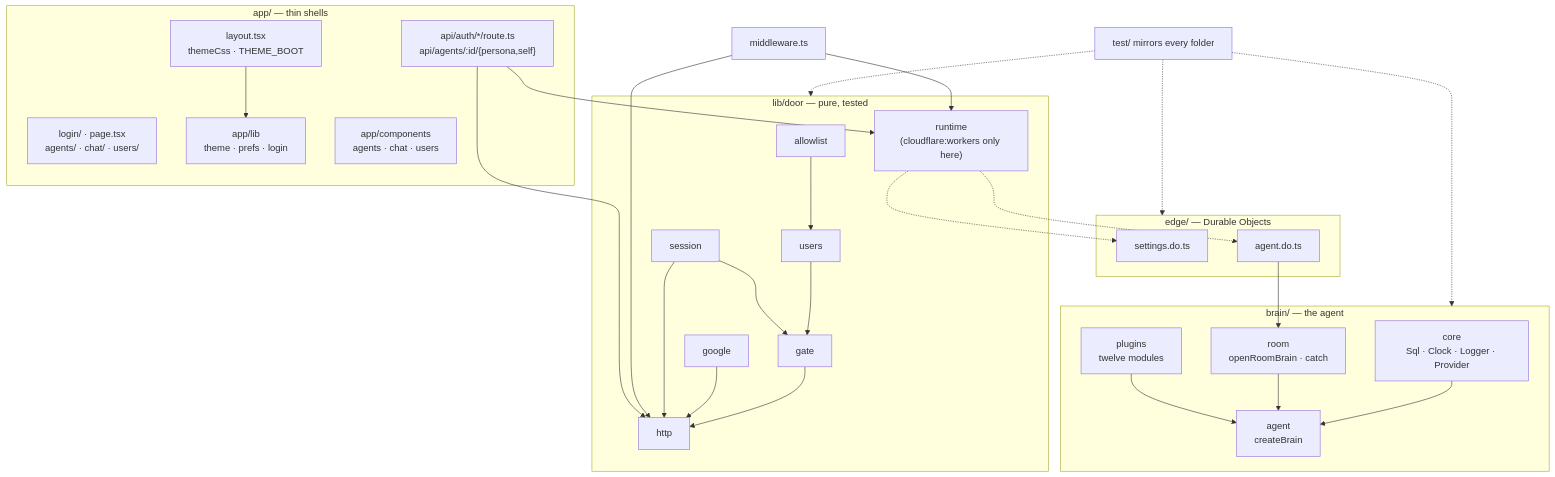
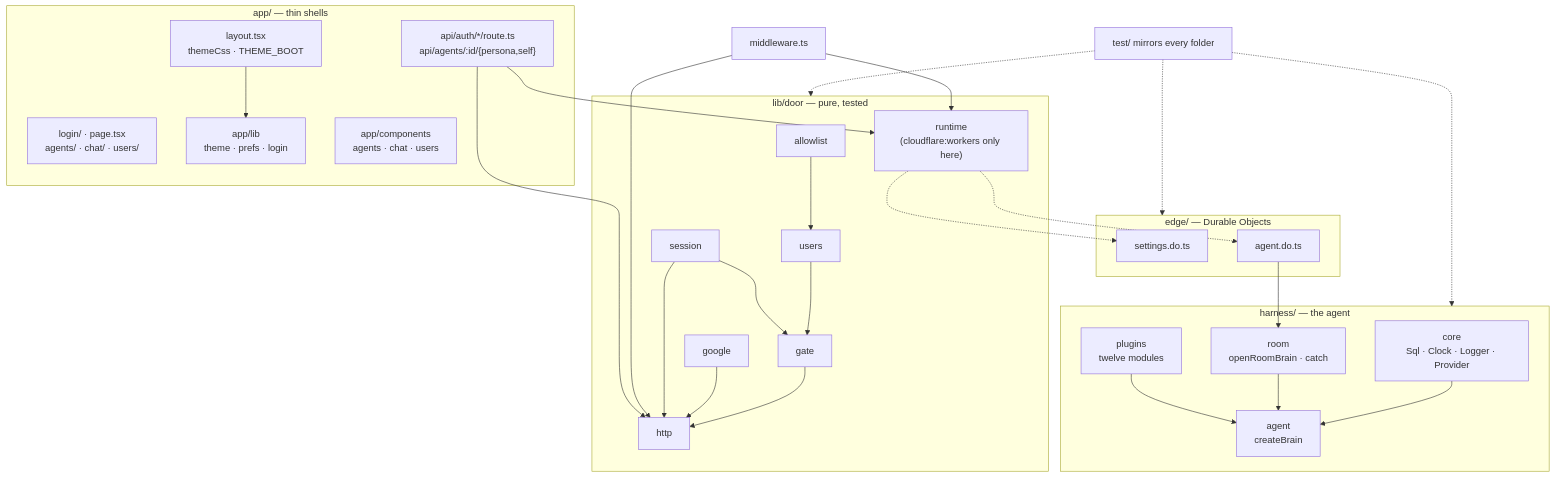
Diagram 11 of 11 in docs/architecture.md (shotah/gantree2), drawn with Mermaid before and after one commit. The commit also changed other lines of this file and 689 other files, not shown here.

Commit message:
rename brain to harness

````diff
--- a/docs/architecture.md
+++ b/docs/architecture.md
@@ -418,39 +418,39 @@
 ```mermaid
 flowchart TB
   subgraph app["app/ — thin shells"]
     LAYOUT[layout.tsx<br/>themeCss · THEME_BOOT]
     PAGES["login/ · page.tsx<br/>agents/ · chat/ · users/"]
     API["api/auth/*/route.ts<br/>api/agents/:id/{persona,self}"]
     ALIB["app/lib<br/>theme · prefs · login"]
     COMP["app/components<br/>agents · chat · users"]
   end
   subgraph door["lib/door — pure, tested"]
     ALLOW[allowlist] --> USERS[users] --> GATE[gate] --> HTTP[http]
     GOOGLE[google] --> HTTP
     SESSION[session] --> GATE
     SESSION --> HTTP
     RT["runtime<br/>(cloudflare:workers only here)"]
   end
-  subgraph brain["brain/ — the agent"]
+  subgraph harness["harness/ — the agent"]
     CORE[core<br/>Sql · Clock · Logger · Provider]
     LOOP[agent<br/>createBrain]
     ROOM[room<br/>openRoomBrain · catch]
     PLUG[plugins<br/>twelve modules]
     CORE --> LOOP
     ROOM --> LOOP
     PLUG --> LOOP
   end
   subgraph edge["edge/ — Durable Objects"]
     SDO[settings.do.ts]
     ADO[agent.do.ts]
   end
   MW[middleware.ts] --> HTTP
   MW --> RT
   API --> HTTP
   API --> RT
   RT -.-> SDO
   RT -.-> ADO
   ADO --> ROOM
   LAYOUT --> ALIB
-  TEST["test/ mirrors every folder"] -.-> door & brain & edge
+  TEST["test/ mirrors every folder"] -.-> door & harness & edge
 ```
````
